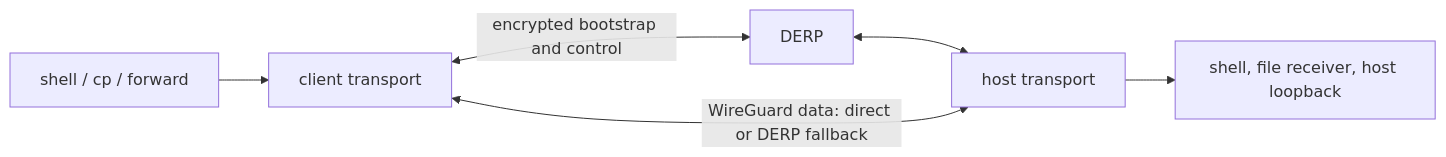
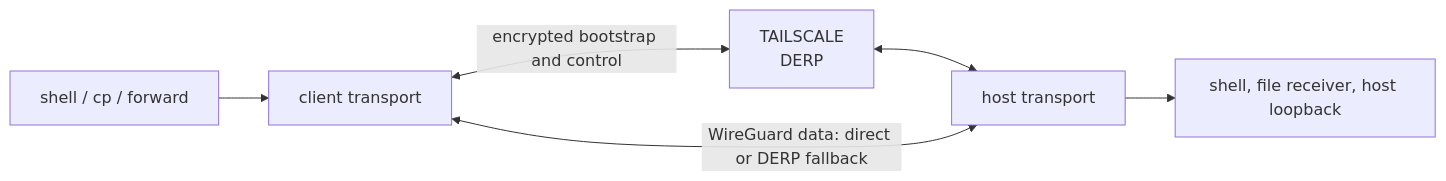
The diagram in README.md (changhoon-sung/tsok), drawn with Mermaid before and after one commit. The commit also changed other lines of this file, not shown here.

````diff
--- a/README.md
+++ b/README.md
@@ -170,8 +148,8 @@
 ```mermaid
 flowchart LR
   CLI["shell / cp / forward"] --> CLIENT["client transport"]
-  CLIENT <-->|"encrypted bootstrap and control"| DERP["DERP"]
-  DERP <--> HOST["host transport"]
+  CLIENT <-->|"encrypted bootstrap and control"| TAILSCALE\nDERP
+  TAILSCALE\nDERP <--> HOST["host transport"]
   CLIENT <-->|"WireGuard data: direct or DERP fallback"| HOST
   HOST --> SERVICES["shell, file receiver, host loopback"]
 ```
````
